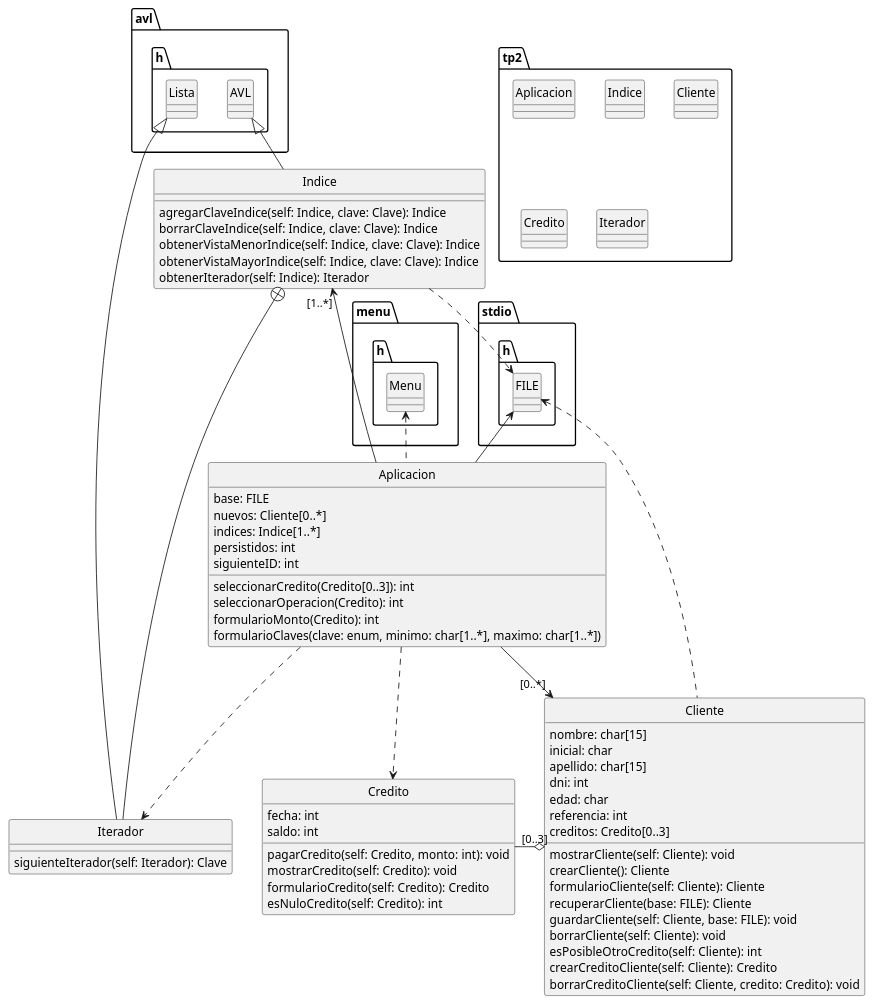
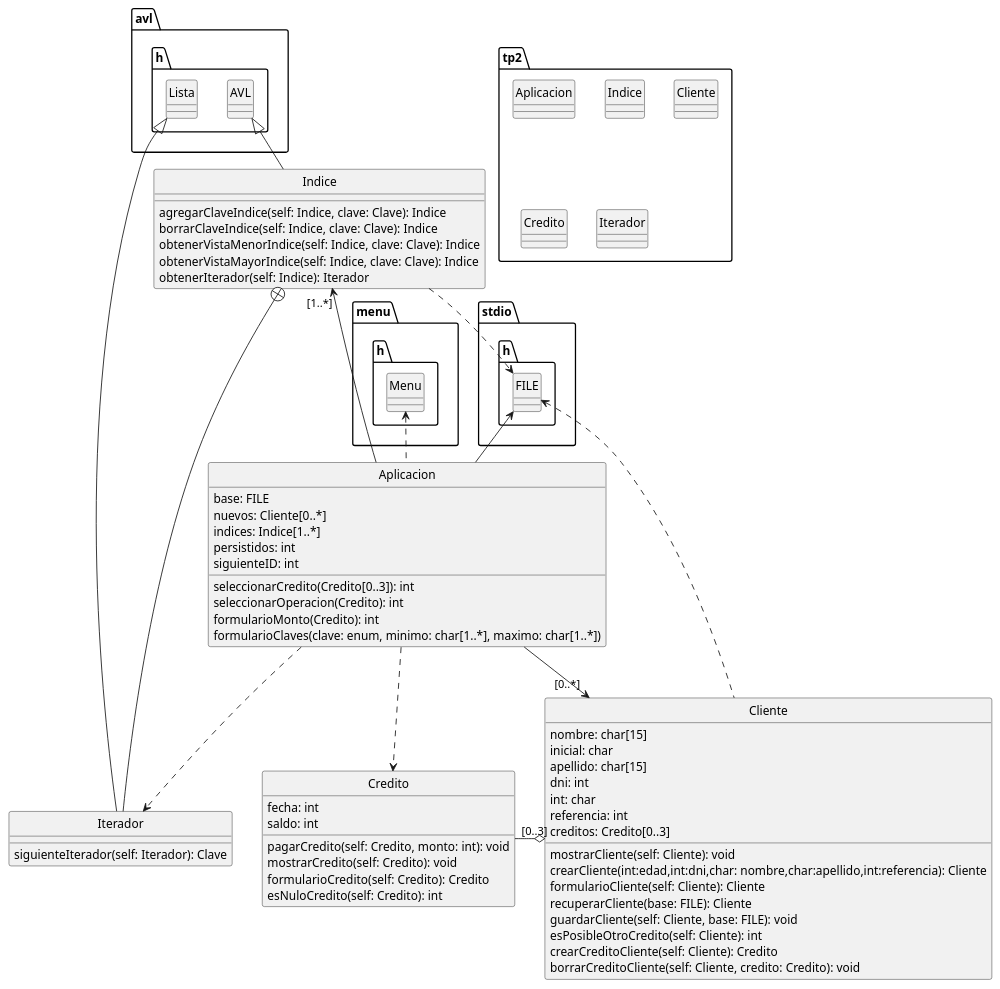
Before and after one commit to HeraclitoDeEfeso/TP-final-parte-2: the diagram in diagrama.puml, drawn with PlantUML.

Commit message:
modificacion parametros uml

```diff
--- a/diagrama.puml
+++ b/diagrama.puml
@@ -1,91 +1,90 @@
 @startuml
 
 package tp2 <<Folder>> {
     class Aplicacion
     class Indice
     class Cliente
     class Credito
     class Iterador
 }
 
 package stdio.h <<Folder>> {
     class FILE
 }
 
 package avl.h <<Folder>> {
     class AVL
     class Lista
 }
 
 package menu.h <<Folder>> {
     class Menu
 }
 
 class Aplicacion {
 	base: FILE
 	nuevos: Cliente[0..*]
 	indices: Indice[1..*]
 	persistidos: int
 	siguienteID: int
 	seleccionarCredito(Credito[0..3]): int
 	seleccionarOperacion(Credito): int
 	formularioMonto(Credito): int
 	formularioClaves(clave: enum, minimo: char[1..*], maximo: char[1..*])
 }
 
 class Cliente {
 	nombre: char[15]
  	inicial: char
 	apellido: char[15]
 	dni: int
-	edad: char
+	int: char
 	referencia: int
 	creditos: Credito[0..3]
 	mostrarCliente(self: Cliente): void
-	crearCliente(): Cliente
+	crearCliente(int:edad,int:dni,char: nombre,char:apellido,int:referencia): Cliente
 	formularioCliente(self: Cliente): Cliente
 	recuperarCliente(base: FILE): Cliente
 	guardarCliente(self: Cliente, base: FILE): void
-	borrarCliente(self: Cliente): void
 	esPosibleOtroCredito(self: Cliente): int
 	crearCreditoCliente(self: Cliente): Credito
 	borrarCreditoCliente(self: Cliente, credito: Credito): void
 }
 
 class Credito {
 	fecha: int
   	saldo: int
 	pagarCredito(self: Credito, monto: int): void
 	mostrarCredito(self: Credito): void
 	formularioCredito(self: Credito): Credito
 	esNuloCredito(self: Credito): int
 }
 
 class Indice {
     agregarClaveIndice(self: Indice, clave: Clave): Indice
     borrarClaveIndice(self: Indice, clave: Clave): Indice
     obtenerVistaMenorIndice(self: Indice, clave: Clave): Indice
     obtenerVistaMayorIndice(self: Indice, clave: Clave): Indice
     obtenerIterador(self: Indice): Iterador
 }
 
 class Iterador {
 	siguienteIterador(self: Iterador): Clave
 }
 
 Aplicacion .up.> Menu
 Aplicacion -left-> "[1..*]" Indice
 Aplicacion -up-> FILE
 Aplicacion --> "[0..*]" Cliente
 Aplicacion ..> Credito
 Cliente o-left- "[0..3]" Credito
 Cliente .up.> FILE
 Indice ..> FILE
 Indice -up-|> AVL
 Indice +-down- Iterador
 Iterador -up-|> Lista
 Aplicacion ..> Iterador
 
 hide class circle
 
 @enduml
```
